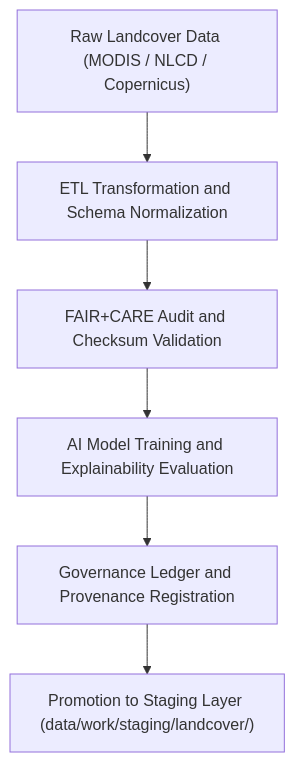
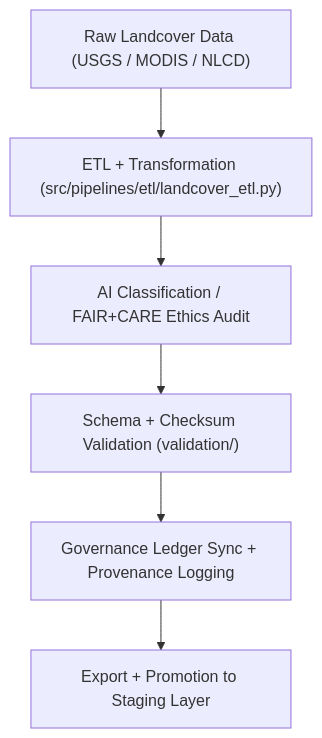
The diagram in data/work/tmp/landcover/README.md (bartytime4life/Kansas-Frontier-Matrix), drawn with Mermaid before and after one commit. The commit also changed other lines of this file, not shown here.

````diff
--- a/data/work/tmp/landcover/README.md
+++ b/data/work/tmp/landcover/README.md
@@ -100,8 +84,8 @@
 ```mermaid
 flowchart TD
-    A["Raw Landcover Data (MODIS / NLCD / Copernicus)"] --> B["ETL Transformation and Schema Normalization"]
-    B --> C["FAIR+CARE Audit and Checksum Validation"]
-    C --> D["AI Model Training and Explainability Evaluation"]
-    D --> E["Governance Ledger and Provenance Registration"]
-    E --> F["Promotion to Staging Layer (data/work/staging/landcover/)"]
+    A["Raw Landcover Data (USGS / MODIS / NLCD)"] --> B["ETL + Transformation (src/pipelines/etl/landcover_etl.py)"]
+    B --> C["AI Classification / FAIR+CARE Ethics Audit"]
+    C --> D["Schema + Checksum Validation (validation/)"]
+    D --> E["Governance Ledger Sync + Provenance Logging"]
+    E --> F["Export + Promotion to Staging Layer"]
 ```
````
